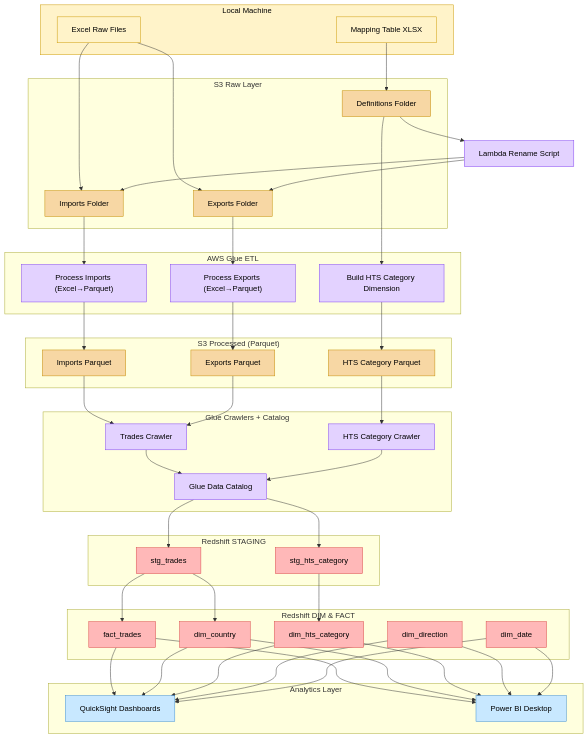
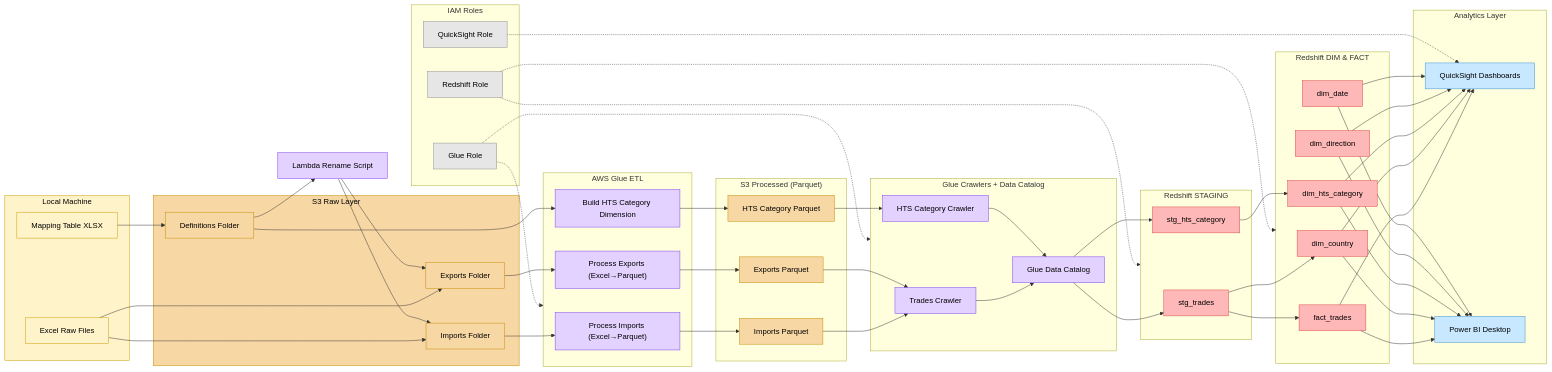
Before and after one commit to salihsezen/us-trade-tariff-impact-analysis: the diagram in System-Architecture.md, drawn with Mermaid.

Commit message:
Refactor System Architecture flowchart
Updated flowchart structure and class definitions in the System Architecture documentation.

````diff
--- a/System-Architecture.md
+++ b/System-Architecture.md
@@ -1,5 +1,5 @@
 ```mermaid
-flowchart TB
+flowchart LR
 
 %% ---------- COLOR CLASSES ----------
 classDef s3 fill:#f7d7a4,stroke:#c48c00,stroke-width:1px,color:#000;
@@ -9,8 +9,9 @@
 classDef iam fill:#e6e6e6,stroke:#8d8d8d,stroke-width:1px,color:#000;
 classDef local fill:#fff3c9,stroke:#cc9a00,stroke-width:1px,color:#000;
 
+
 %% ===================================================================
-%%  TOP ROW  → Local → S3 Raw → Lambda → Glue ETL
+%%                           TOP ROW (INGESTION)
 %% ===================================================================
 
 subgraph LOCAL["Local Machine"]
@@ -19,23 +20,23 @@
 end
 class LOCAL,L1,L2 local;
 
-subgraph S3RAW["S3 Raw Layer"]
-  Rdef["Definitions Folder"]
-  Rimp["Imports Folder"]
-  Rexp["Exports Folder"]
+subgraph RAW["S3 Raw Layer"]
+  R1["Definitions Folder"]
+  R2["Imports Folder"]
+  R3["Exports Folder"]
 end
-class Rdef,Rimp,Rexp s3;
+class RAW,R1,R2,R3 s3;
 
-L1 --> Rexp
-L1 --> Rimp
-L2 --> Rdef
+L1 --> R2
+L1 --> R3
+L2 --> R1
 
 Lambda1["Lambda Rename Script"]
 class Lambda1 glue;
 
-Rdef --> Lambda1
-Lambda1 --> Rexp
-Lambda1 --> Rimp
+R1 --> Lambda1
+Lambda1 --> R2
+Lambda1 --> R3
 
 subgraph GLUE["AWS Glue ETL"]
   G1["Process Imports (Excel→Parquet)"]
@@ -44,15 +45,16 @@
 end
 class G1,G2,G3 glue;
 
-Rimp --> G1
-Rexp --> G2
-Rdef --> G3
+R2 --> G1
+R3 --> G2
+R1 --> G3
+
 
 %% ===================================================================
-%%  BOTTOM ROW  → Processed → Crawlers → Redshift → BI
+%%                        BOTTOM ROW (DWH + BI)
 %% ===================================================================
 
-subgraph S3PROC["S3 Processed (Parquet)"]
+subgraph PROC["S3 Processed (Parquet)"]
   P1["Imports Parquet"]
   P2["Exports Parquet"]
   P3["HTS Category Parquet"]
@@ -63,7 +65,8 @@
 G2 --> P2
 G3 --> P3
 
-subgraph CRAWLERS["Glue Crawlers + Catalog"]
+
+subgraph CRAWLERS["Glue Crawlers + Data Catalog"]
   C1["Trades Crawler"]
   C2["HTS Category Crawler"]
   CAT["Glue Data Catalog"]
@@ -74,18 +77,16 @@
 P2 --> C1
 P3 --> C2 --> CAT
 
-%% ===================================================================
-%%  REDSHIFT
-%% ===================================================================
 
-subgraph STG["Redshift STAGING"]
-  S1["stg_trades"]
-  S2["stg_hts_category"]
+subgraph STAGING["Redshift STAGING"]
+  ST1["stg_trades"]
+  ST2["stg_hts_category"]
 end
-class S1,S2 redshift;
+class ST1,ST2 redshift;
 
-CAT --> S1
-CAT --> S2
+CAT --> ST1
+CAT --> ST2
+
 
 subgraph CORE["Redshift DIM & FACT"]
   D1["dim_country"]
@@ -96,14 +97,10 @@
 end
 class D1,D2,D3,D4,F1 redshift;
 
-%% staging → dims/facts
-S1 --> F1
-S1 --> D1
-S2 --> D2
+ST1 --> F1
+ST1 --> D1
+ST2 --> D2
 
-%% ===================================================================
-%%  BI LAYER
-%% ===================================================================
 
 subgraph BI["Analytics Layer"]
   Q1["QuickSight Dashboards"]
@@ -122,4 +119,23 @@
 D3 --> PB1
 D4 --> Q1
 D4 --> PB1
+
+
+%% ===================================================================
+%%                        IAM ROLES (RIGHT SIDE)
+%% ===================================================================
+
+subgraph IAM["IAM Roles"]
+  IAM1["Glue Role"]
+  IAM2["Redshift Role"]
+  IAM3["QuickSight Role"]
+end
+class IAM1,IAM2,IAM3 iam;
+
+IAM1 -.-> GLUE
+IAM1 -.-> CRAWLERS
+IAM2 -.-> CORE
+IAM2 -.-> STAGING
+IAM3 -.-> Q1
+
 ```
````
